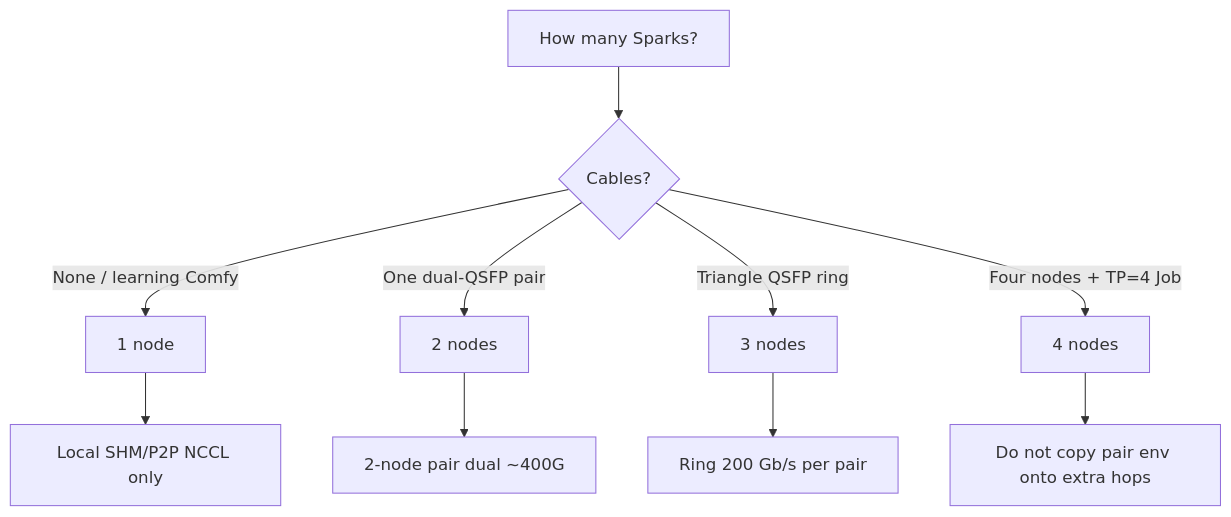
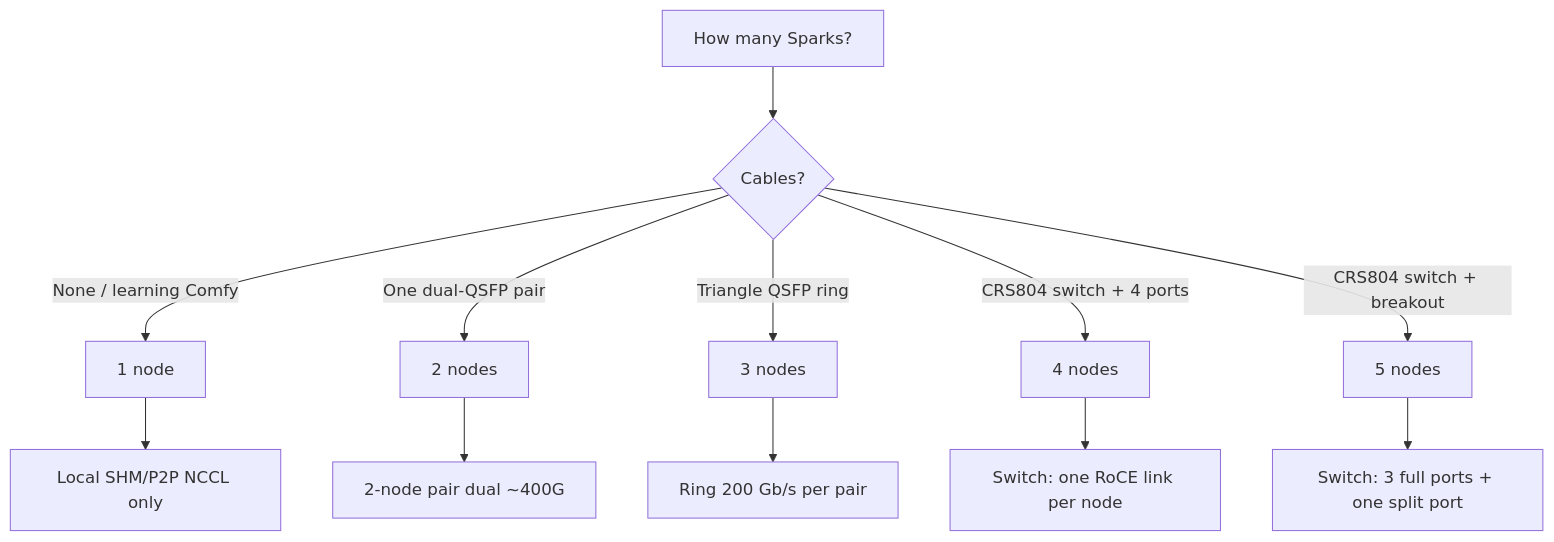
Before and after one commit to toxicoder/nvidia-dgx-spark-lab: the diagram in docs/start/choose-topology.mdx, drawn with Mermaid. The commit also changed other lines of this file and 10 other files, not shown here.

````diff
--- a/docs/start/choose-topology.mdx
+++ b/docs/start/choose-topology.mdx
@@ -21,12 +23,14 @@
 ```mermaid
 flowchart TD
   A[How many Sparks?] --> B{Cables?}
   B -->|None / learning Comfy| C[1 node]
   B -->|One dual-QSFP pair| D[2 nodes]
   B -->|Triangle QSFP ring| E[3 nodes]
-  B -->|Four nodes + TP=4 Job| F[4 nodes]
-  C --> G[Local SHM/P2P NCCL only]
-  D --> H[2-node pair dual ~400G]
-  E --> I[Ring 200 Gb/s per pair]
-  F --> J[Do not copy pair env onto extra hops]
+  B -->|CRS804 switch + 4 ports| F[4 nodes]
+  B -->|CRS804 switch + breakout| G[5 nodes]
+  C --> H[Local SHM/P2P NCCL only]
+  D --> I[2-node pair dual ~400G]
+  E --> J[Ring 200 Gb/s per pair]
+  F --> K[Switch: one RoCE link per node]
+  G --> L[Switch: 3 full ports + one split port]
 ```
````
